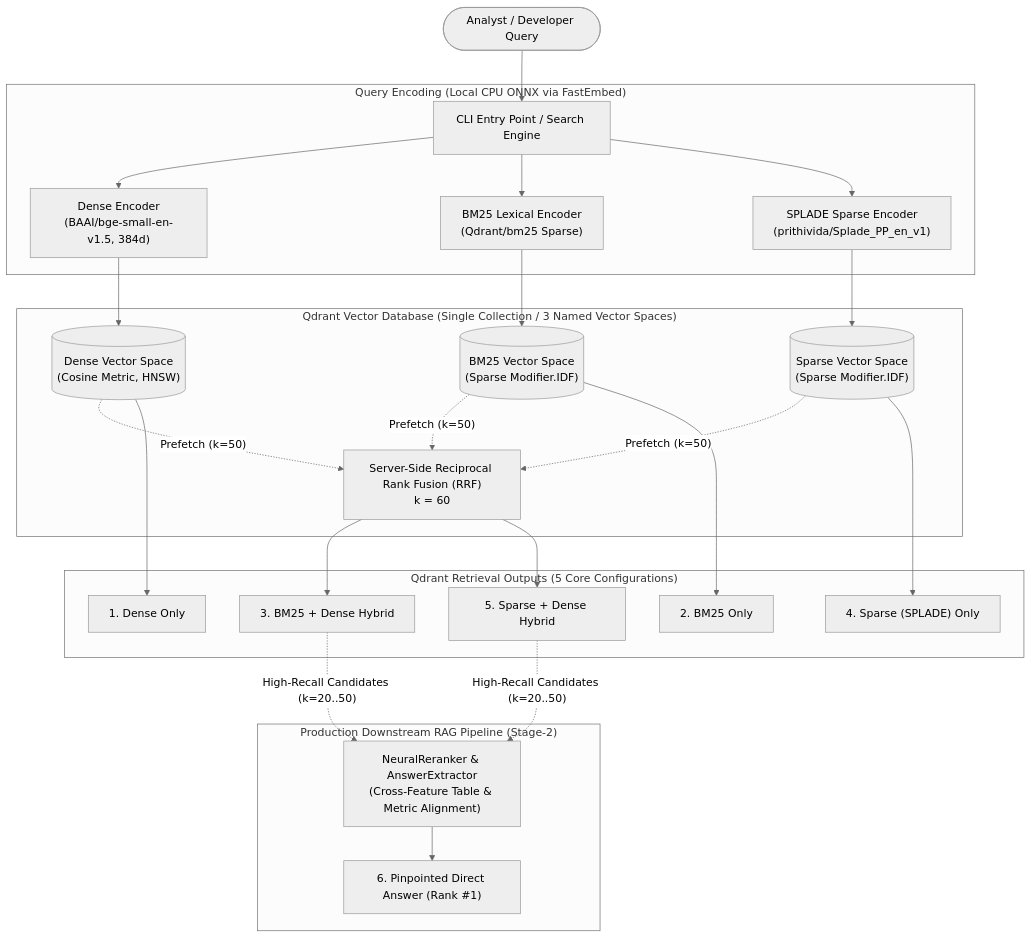
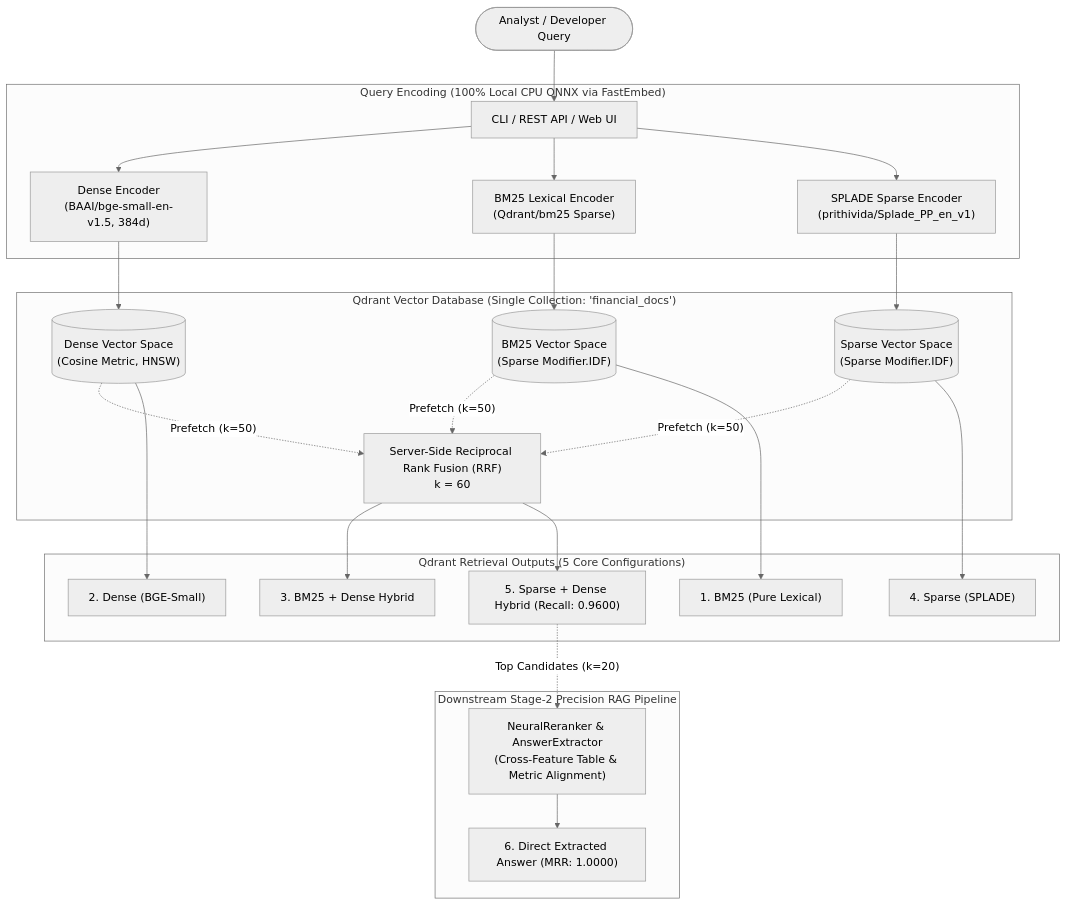
The diagram in README.md (nthai2k3-sudo/financial-hybrid-search-qdrant), drawn with Mermaid (neutral theme) before and after one commit. The commit also changed other lines of this file and 10 other files, not shown here.

Commit message:
feat: add interactive web dashboard API, enhanced extractive reranker, and project documentation

````diff
--- a/README.md
+++ b/README.md
@@ -5,33 +21,33 @@
 ```mermaid
 graph TD
-    User([Analyst / Developer Query]) --> CLI[CLI Entry Point / Search Engine]
+    User([Analyst / Developer Query]) --> Router[CLI / REST API / Web UI]
     
-    subgraph "Query Encoding (Local CPU ONNX via FastEmbed)"
-        CLI --> EncDense["Dense Encoder<br/>(BAAI/bge-small-en-v1.5, 384d)"]
-        CLI --> EncBM25["BM25 Lexical Encoder<br/>(Qdrant/bm25 Sparse)"]
-        CLI --> EncSplade["SPLADE Sparse Encoder<br/>(prithivida/Splade_PP_en_v1)"]
+    subgraph "Query Encoding (100% Local CPU ONNX via FastEmbed)"
+        Router --> EncDense["Dense Encoder<br/>(BAAI/bge-small-en-v1.5, 384d)"]
+        Router --> EncBM25["BM25 Lexical Encoder<br/>(Qdrant/bm25 Sparse)"]
+        Router --> EncSplade["SPLADE Sparse Encoder<br/>(prithivida/Splade_PP_en_v1)"]
     end
     
-    subgraph "Qdrant Vector Database (Single Collection / 3 Named Vector Spaces)"
+    subgraph "Qdrant Vector Database (Single Collection: 'financial_docs')"
         EncDense --> QdrantDense[("Dense Vector Space<br/>(Cosine Metric, HNSW)")]
         EncBM25 --> QdrantBM25[("BM25 Vector Space<br/>(Sparse Modifier.IDF)")]
         EncSplade --> QdrantSparse[("Sparse Vector Space<br/>(Sparse Modifier.IDF)")]
         
         QdrantDense -. "Prefetch (k=50)" .-> RRF["Server-Side Reciprocal Rank Fusion (RRF)<br/>k = 60"]
         QdrantBM25 -. "Prefetch (k=50)" .-> RRF
         QdrantSparse -. "Prefetch (k=50)" .-> RRF
     end
     
     subgraph "Qdrant Retrieval Outputs (5 Core Configurations)"
-        QdrantDense --> Results1["1. Dense Only"]
-        QdrantBM25 --> Results2["2. BM25 Only"]
-        QdrantSparse --> Results3["4. Sparse (SPLADE) Only"]
-        RRF --> Results4["3. BM25 + Dense Hybrid"]
-        RRF --> Results5["5. Sparse + Dense Hybrid"]
+        QdrantBM25 --> Res1["1. BM25 (Pure Lexical)"]
+        QdrantDense --> Res2["2. Dense (BGE-Small)"]
+        RRF --> Res3["3. BM25 + Dense Hybrid"]
+        QdrantSparse --> Res4["4. Sparse (SPLADE)"]
+        RRF --> Res5["5. Sparse + Dense Hybrid (Recall: 0.9600)"]
     end
     
-    subgraph "Production Downstream RAG Pipeline (Stage-2)"
-        Results4 & Results5 -. "High-Recall Candidates (k=20..50)" .-> Rerank["NeuralReranker & AnswerExtractor<br/>(Cross-Feature Table & Metric Alignment)"]
-        Rerank --> Results6["6. Pinpointed Direct Answer (Rank #1)"]
+    subgraph "Downstream Stage-2 Precision RAG Pipeline"
+        Res5 -. "Top Candidates (k=20)" .-> Rerank["NeuralReranker & AnswerExtractor<br/>(Cross-Feature Table & Metric Alignment)"]
+        Rerank --> Res6["6. Direct Extracted Answer (MRR: 1.0000)"]
     end
 ```
````
